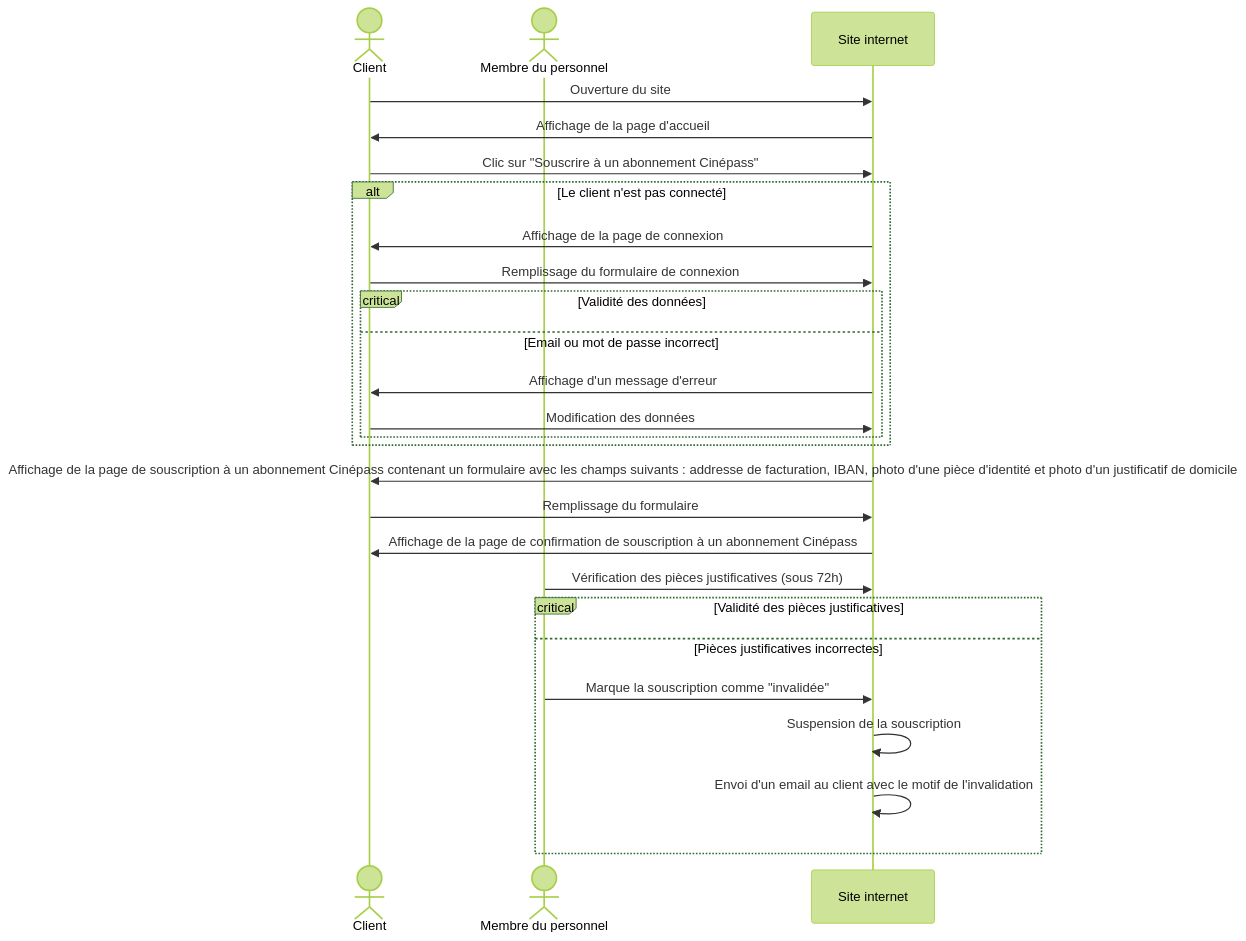
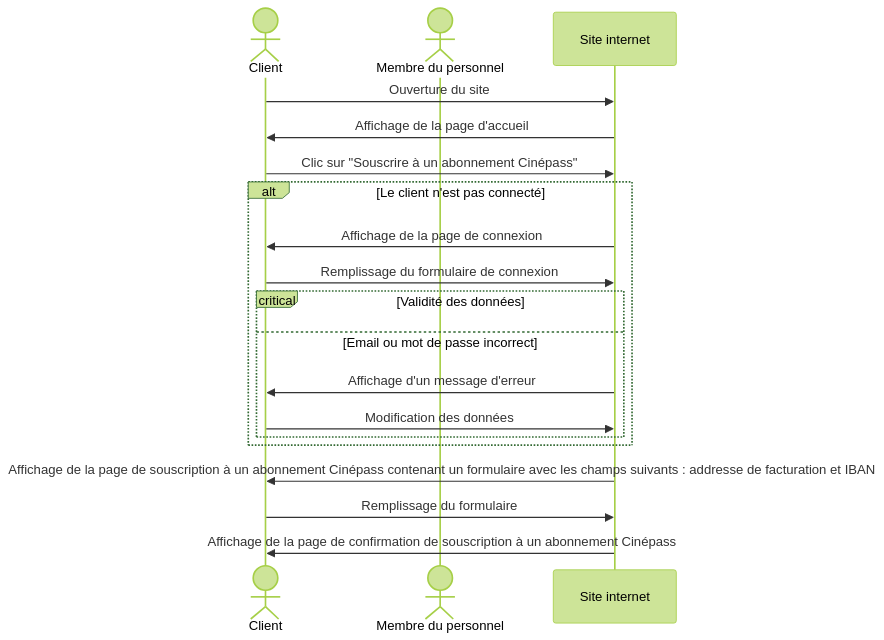
The third of 11 diagrams in Analyse fonctionnelle.md (pixselve-school/OMD-TP1), drawn with Mermaid (forest theme) before and after one commit.

Commit message:
feat: remove verification

````diff
--- a/Analyse fonctionnelle.md
+++ b/Analyse fonctionnelle.md
@@ -58,31 +58,23 @@
 ```mermaid
 sequenceDiagram
 actor Client
 actor Membre du personnel
 participant Site internet
 
 Client->>Site internet: Ouverture du site
 Site internet->>Client: Affichage de la page d'accueil
 Client->>Site internet: Clic sur "Souscrire à un abonnement Cinépass"
 alt Le client n'est pas connecté
 Site internet->>Client: Affichage de la page de connexion
 Client->>Site internet: Remplissage du formulaire de connexion
 critical Validité des données
     option Email ou mot de passe incorrect
         Site internet->>Client: Affichage d'un message d'erreur
         Client->>Site internet: Modification des données
 end
 end
 
-Site internet->>Client: Affichage de la page de souscription à un abonnement Cinépass contenant un formulaire avec les champs suivants : addresse de facturation, IBAN, photo d'une pièce d'identité et photo d'un justificatif de domicile
+Site internet->>Client: Affichage de la page de souscription à un abonnement Cinépass contenant un formulaire avec les champs suivants : addresse de facturation et IBAN
 Client->>Site internet: Remplissage du formulaire
 Site internet->>Client: Affichage de la page de confirmation de souscription à un abonnement Cinépass
-Membre du personnel->>Site internet: Vérification des pièces justificatives (sous 72h)
-critical Validité des pièces justificatives
-    option Pièces justificatives incorrectes
-        Membre du personnel->>Site internet: Marque la souscription comme "invalidée"
-        Site internet->>Site internet: Suspension de la souscription
-        Site internet->>Site internet: Envoi d'un email au client avec le motif de l'invalidation
-
-end
 ```
````
